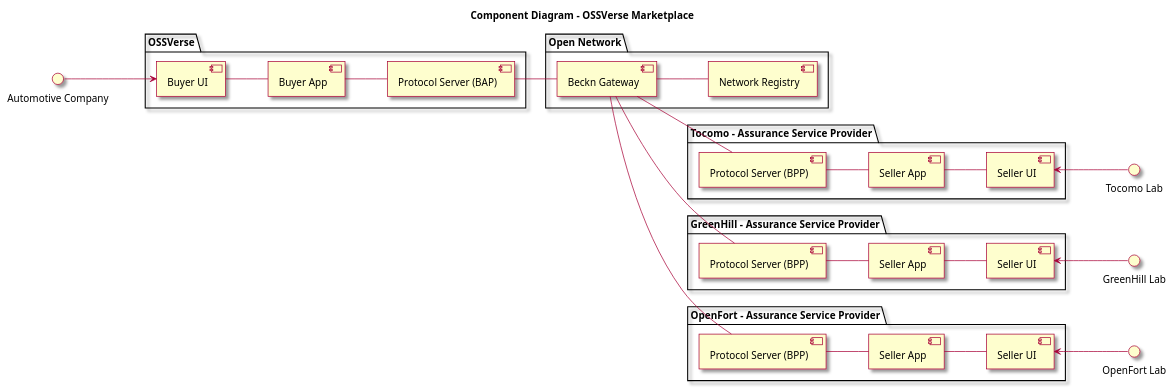
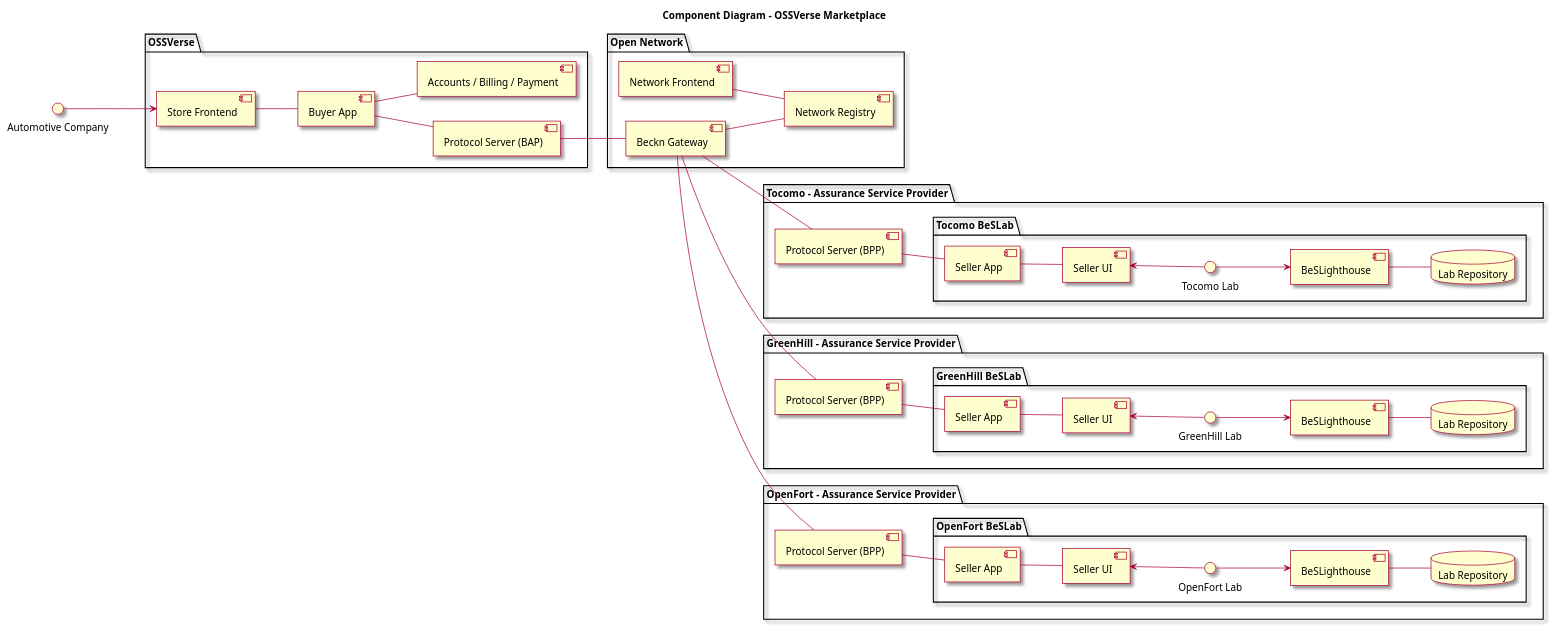
One commit to OSSVerse/OSSVerse changed the diagram in docs/puml/ComponentDiagram.puml. Above: the diagram before and after it, drawn with PlantUML. The commit also changed 1 other file, not shown here.

Commit message:
component diagram updated

```diff
--- a/docs/puml/ComponentDiagram.puml
+++ b/docs/puml/ComponentDiagram.puml
@@ -1,55 +1,78 @@
 @startuml
 
 title Component Diagram - OSSVerse Marketplace
 
 skin rose
 
 left to right direction
 
 package "OSSVerse" {
-  component [Buyer UI] as comp1
+  component [Store Frontend] as comp1
   component [Buyer App] as comp2
   component [Protocol Server (BAP)] as comp3
+  component [Accounts / Billing / Payment] as comp21
+  comp1 -- comp2
+  comp2 -- comp3
+  comp2 -- comp21
 }
+
 "Automotive Company" --> comp1
-comp1 -- comp2
-comp2 -- comp3
 
 package "Open Network" {
+  component [Network Frontend] as comp22
   component [Beckn Gateway] as comp4
   database [Network Registry] as comp5
+  comp3 -- comp4
+  comp4 -- comp5
+  comp22 -- comp5
 }
-comp4 -- comp5
 
 package "Tocomo - Assurance Service Provider" {
   component [Protocol Server (BPP)] as comp6
-  component [Seller App] as comp7
-  component [Seller UI] as comp8
+  package "Tocomo BeSLab" {
+    component [Seller App] as comp7
+    component [Seller UI] as comp8
+    component [BeSLighthouse] as comp9
+    database "Lab Repository" as comp10
+    comp8 <-- "Tocomo Lab"
+    "Tocomo Lab" --> comp9
+    comp9 -- comp10
+  }
+  comp4 -- comp6
+  comp6 -- comp7
+  comp7 -- comp8
 }
-comp6 -- comp7
-comp7 -- comp8
-comp8 <-- "Tocomo Lab"
 
 package "GreenHill - Assurance Service Provider" {
-  component [Protocol Server (BPP)] as comp9
-  component [Seller App] as comp10
-  component [Seller UI] as comp11
+  component [Protocol Server (BPP)] as comp11
+  package "GreenHill BeSLab" {
+    component [Seller App] as comp12
+    component [Seller UI] as comp13
+    component [BeSLighthouse] as comp14
+    database "Lab Repository" as comp15
+    comp13 <-- "GreenHill Lab"
+    "GreenHill Lab" --> comp14
+    comp14 -- comp15
+  }
+  comp4 -- comp11
+  comp11 -- comp12
+  comp12 -- comp13
 }
-comp9 -- comp10
-comp10 -- comp11
-comp11 <-- "GreenHill Lab"
 
 package "OpenFort - Assurance Service Provider" {
-  component [Protocol Server (BPP)] as comp12
-  component [Seller App] as comp13
-  component [Seller UI] as comp14
+  component [Protocol Server (BPP)] as comp16
+  package "OpenFort BeSLab" {
+    component [Seller App] as comp17
+    component [Seller UI] as comp18
+    component [BeSLighthouse] as comp19
+    database "Lab Repository" as comp20
+    comp18 <-- "OpenFort Lab"
+    "OpenFort Lab" --> comp19
+    comp19 -- comp20
+  }
+  comp4 -- comp16
+  comp16 -- comp17
+  comp17 -- comp18
 }
-comp12 -- comp13
-comp13 -- comp14
-comp14 <-- "OpenFort Lab"
 
-comp3 -- comp4
-comp4 -- comp6
-comp4 -- comp9
-comp4 -- comp12
 @enduml
```
